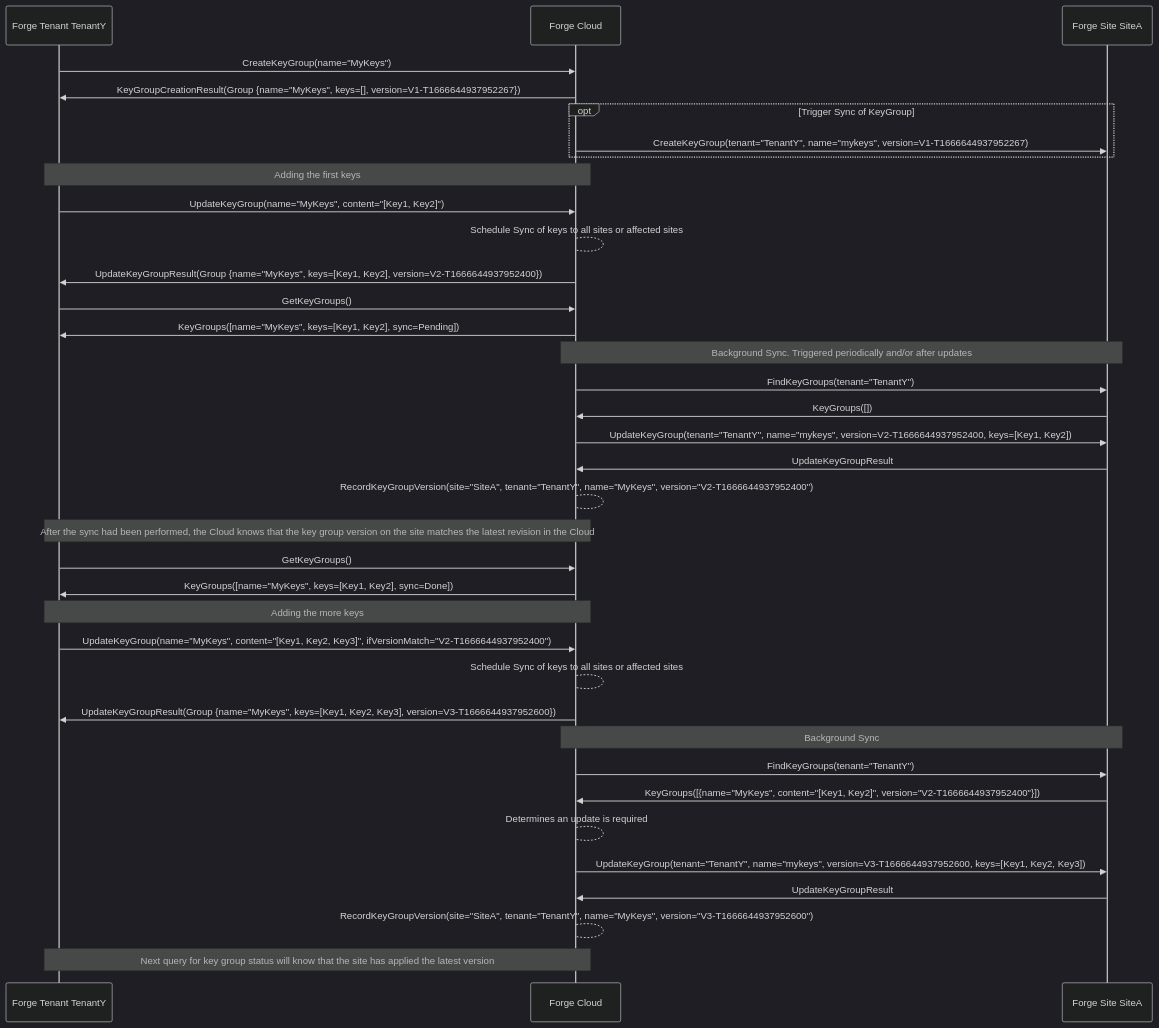
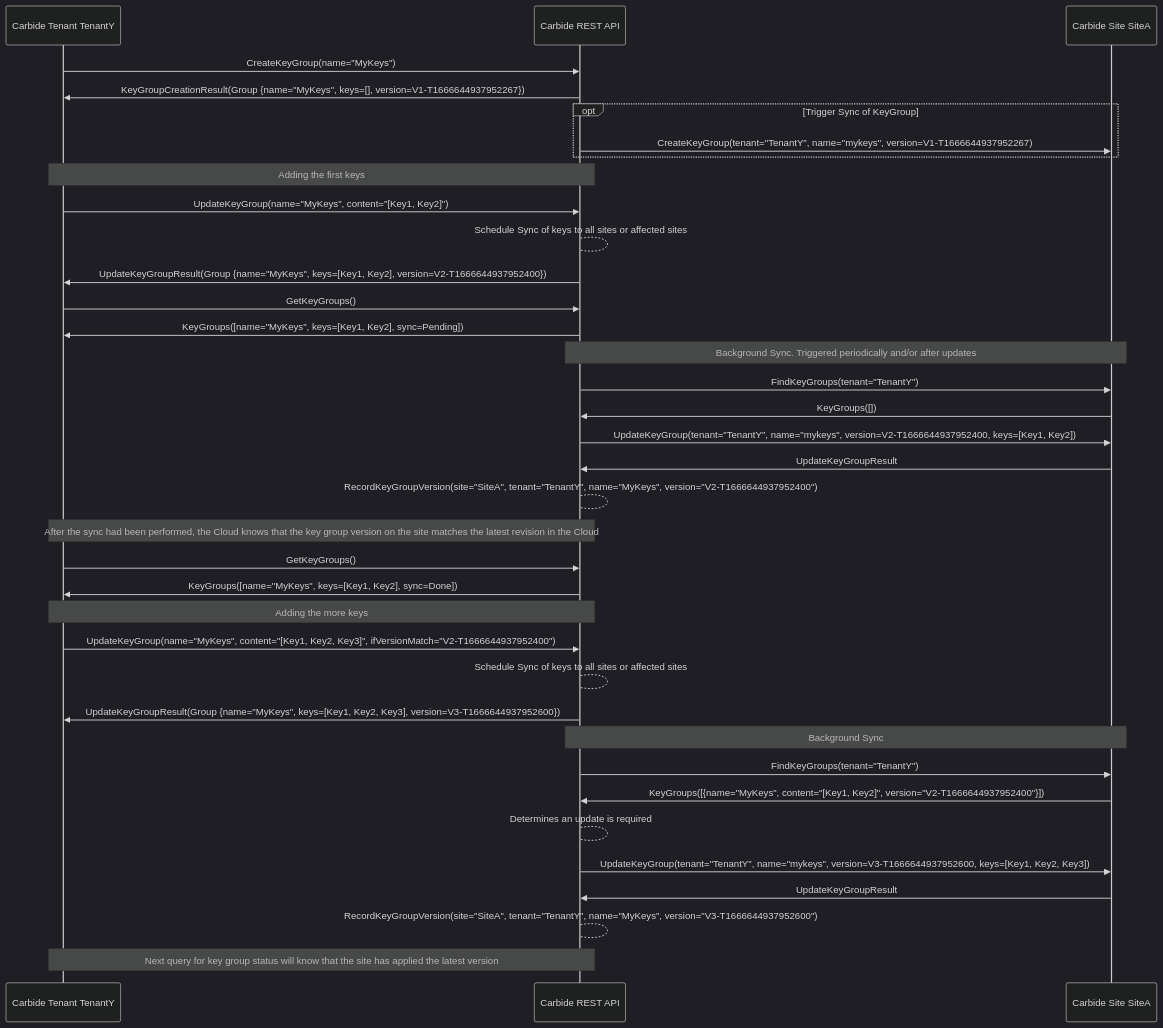
The diagram in book/src/architecture/key_group_sync.md (NVIDIA/bare-metal-manager-core), drawn with Mermaid (dark theme) before and after one commit. The commit also changed other lines of this file and 84 other files, not shown here.

````diff
--- a/book/src/architecture/key_group_sync.md
+++ b/book/src/architecture/key_group_sync.md
@@ -21,50 +22,50 @@
 ```mermaid
 sequenceDiagram
-    participant U as Forge Tenant TenantY
-    participant C as Forge Cloud
-    participant S as Forge Site SiteA
+    participant U as Carbide Tenant TenantY
+    participant C as Carbide REST API
+    participant S as Carbide Site SiteA
     U->>C: CreateKeyGroup(name="MyKeys")
     C->>U: KeyGroupCreationResult(Group {name="MyKeys", keys=[], version=V1-T1666644937952267})
 
     opt Trigger Sync of KeyGroup
         C->>S: CreateKeyGroup(tenant="TenantY", name="mykeys", version=V1-T1666644937952267)
     end
 
     Note over U, C: Adding the first keys
 
     U->>C: UpdateKeyGroup(name="MyKeys", content="[Key1, Key2]")
     C-->C: Schedule Sync of keys to all sites or affected sites
     C->>U: UpdateKeyGroupResult(Group {name="MyKeys", keys=[Key1, Key2], version=V2-T1666644937952400})
 
     U->>C: GetKeyGroups()
     C->>U: KeyGroups([name="MyKeys", keys=[Key1, Key2], sync=Pending])
 
     Note over C, S: Background Sync. Triggered periodically and/or after updates
     C->>S: FindKeyGroups(tenant="TenantY")
     S->>C: KeyGroups([])
     C->>S: UpdateKeyGroup(tenant="TenantY", name="mykeys", version=V2-T1666644937952400, keys=[Key1, Key2])
     S->>C: UpdateKeyGroupResult
     C-->C: RecordKeyGroupVersion(site="SiteA", tenant="TenantY", name="MyKeys", version="V2-T1666644937952400")
 
     Note over U,C: After the sync had been performed, the Cloud knows that the key group version on the site matches the latest revision in the Cloud
 
     U->>C: GetKeyGroups()
     C->>U: KeyGroups([name="MyKeys", keys=[Key1, Key2], sync=Done])
 
     Note over U, C: Adding the more keys
 
     U->>C: UpdateKeyGroup(name="MyKeys", content="[Key1, Key2, Key3]", ifVersionMatch="V2-T1666644937952400")
     C-->C: Schedule Sync of keys to all sites or affected sites
     C->>U: UpdateKeyGroupResult(Group {name="MyKeys", keys=[Key1, Key2, Key3], version=V3-T1666644937952600})
 
     Note over C,S: Background Sync
     C->>S: FindKeyGroups(tenant="TenantY")
     S->>C: KeyGroups([{name="MyKeys", content="[Key1, Key2]", version="V2-T1666644937952400"}])
     C-->C: Determines an update is required
     C->>S: UpdateKeyGroup(tenant="TenantY", name="mykeys", version=V3-T1666644937952600, keys=[Key1, Key2, Key3])
     S->>C: UpdateKeyGroupResult
     C-->C: RecordKeyGroupVersion(site="SiteA", tenant="TenantY", name="MyKeys", version="V3-T1666644937952600")
 
     Note over U,C: Next query for key group status will know that the site has applied the latest version
 
 ```
````
